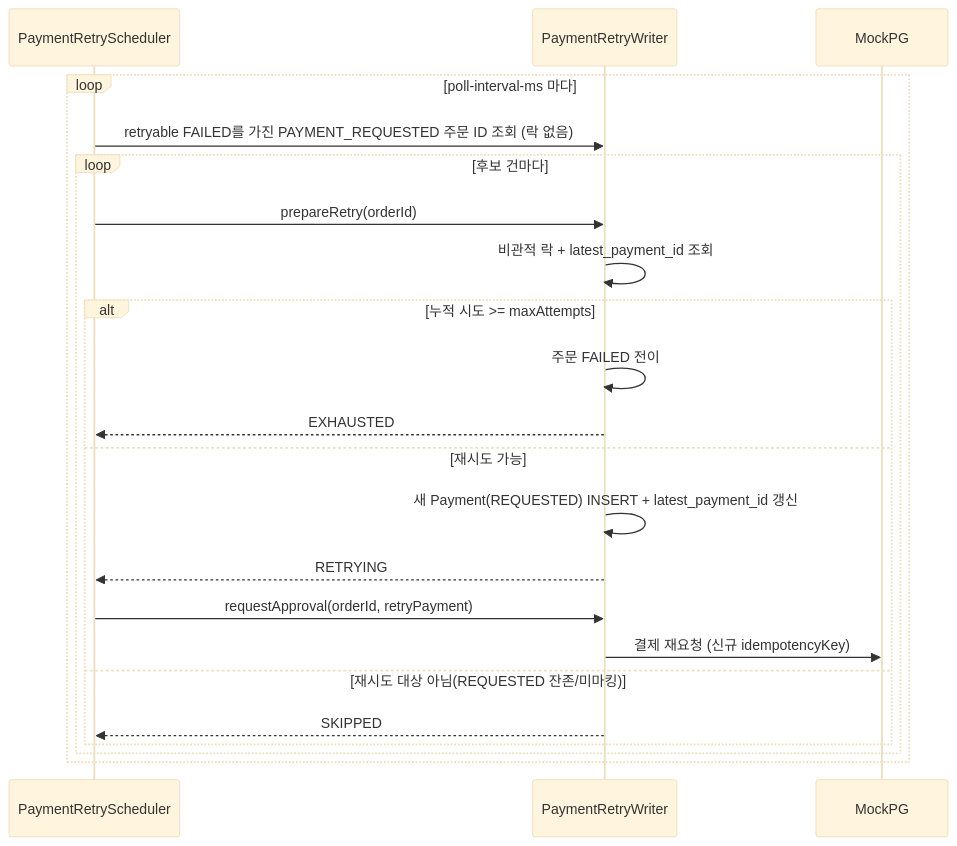
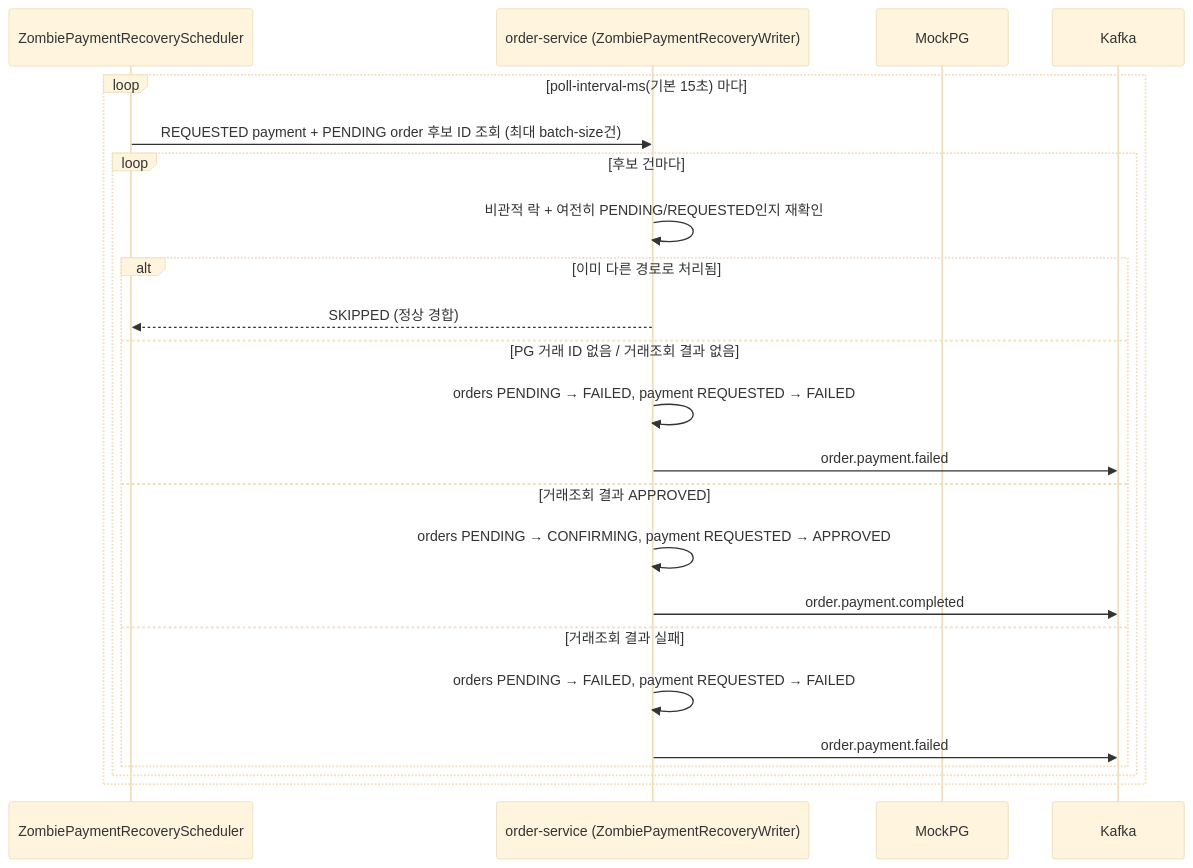
The eighth of 8 diagrams in docs/order-service/flows.md (6pm-sparta/6pm), drawn with Mermaid (base theme) before and after one commit. The commit also changed other lines of this file and 12 other files, not shown here.

First line of the commit message:
docs: order-service 문서 수정

````diff
--- a/docs/order-service/flows.md
+++ b/docs/order-service/flows.md
@@ -318,25 +324,26 @@
 ```mermaid
 sequenceDiagram
-    participant S as PaymentRetryScheduler
-    participant W as PaymentRetryWriter
+    participant S as ZombiePaymentRecoveryScheduler
+    participant O as order-service (ZombiePaymentRecoveryWriter)
     participant PG as MockPG
+    participant K as Kafka
 
-    loop poll-interval-ms 마다
-        S->>W: retryable FAILED를 가진 PAYMENT_REQUESTED 주문 ID 조회 (락 없음)
+    loop poll-interval-ms(기본 15초) 마다
+        S->>O: REQUESTED payment + PENDING order 후보 ID 조회 (최대 batch-size건)
         loop 후보 건마다
-            S->>W: prepareRetry(orderId)
-            W->>W: 비관적 락 + latest_payment_id 조회
-            alt 누적 시도 >= maxAttempts
-                W->>W: 주문 FAILED 전이
-                W-->>S: EXHAUSTED
-            else 재시도 가능
-                W->>W: 새 Payment(REQUESTED) INSERT + latest_payment_id 갱신
-                W-->>S: RETRYING
-                S->>W: requestApproval(orderId, retryPayment)
-                W->>PG: 결제 재요청 (신규 idempotencyKey)
-            else 재시도 대상 아님(REQUESTED 잔존/미마킹)
-                W-->>S: SKIPPED
+            O->>O: 비관적 락 + 여전히 PENDING/REQUESTED인지 재확인
+            alt 이미 다른 경로로 처리됨
+                O-->>S: SKIPPED (정상 경합)
+            else PG 거래 ID 없음 / 거래조회 결과 없음
+                O->>O: orders PENDING → FAILED, payment REQUESTED → FAILED
+                O->>K: order.payment.failed
+            else 거래조회 결과 APPROVED
+                O->>O: orders PENDING → CONFIRMING, payment REQUESTED → APPROVED
+                O->>K: order.payment.completed
+            else 거래조회 결과 실패
+                O->>O: orders PENDING → FAILED, payment REQUESTED → FAILED
+                O->>K: order.payment.failed
             end
         end
     end
 ```
````
